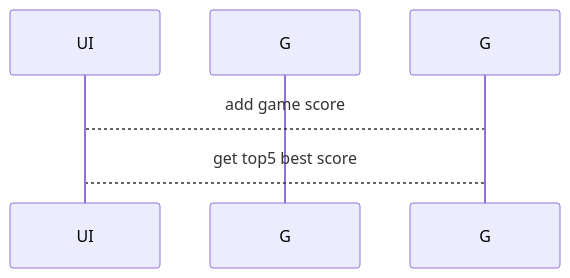
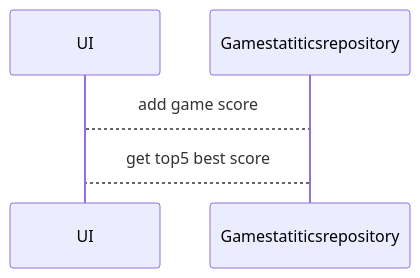
Before and after one commit to kxelina/ot-harjoitustyo: the third of 3 diagrams in dokumentaatio/arkkitehtuuri.md, drawn with Mermaid. The commit also changed 19 other files, not shown here.

````diff
--- a/dokumentaatio/arkkitehtuuri.md
+++ b/dokumentaatio/arkkitehtuuri.md
@@ -77,7 +77,7 @@
 ```mermaid
 sequenceDiagram
     participant UI
-    participant Gamestatiticsrepository as G
+    participant G as Gamestatiticsrepository
     UI --> G: add game score
     G --> UI: get top5 best score
 ```    
````
